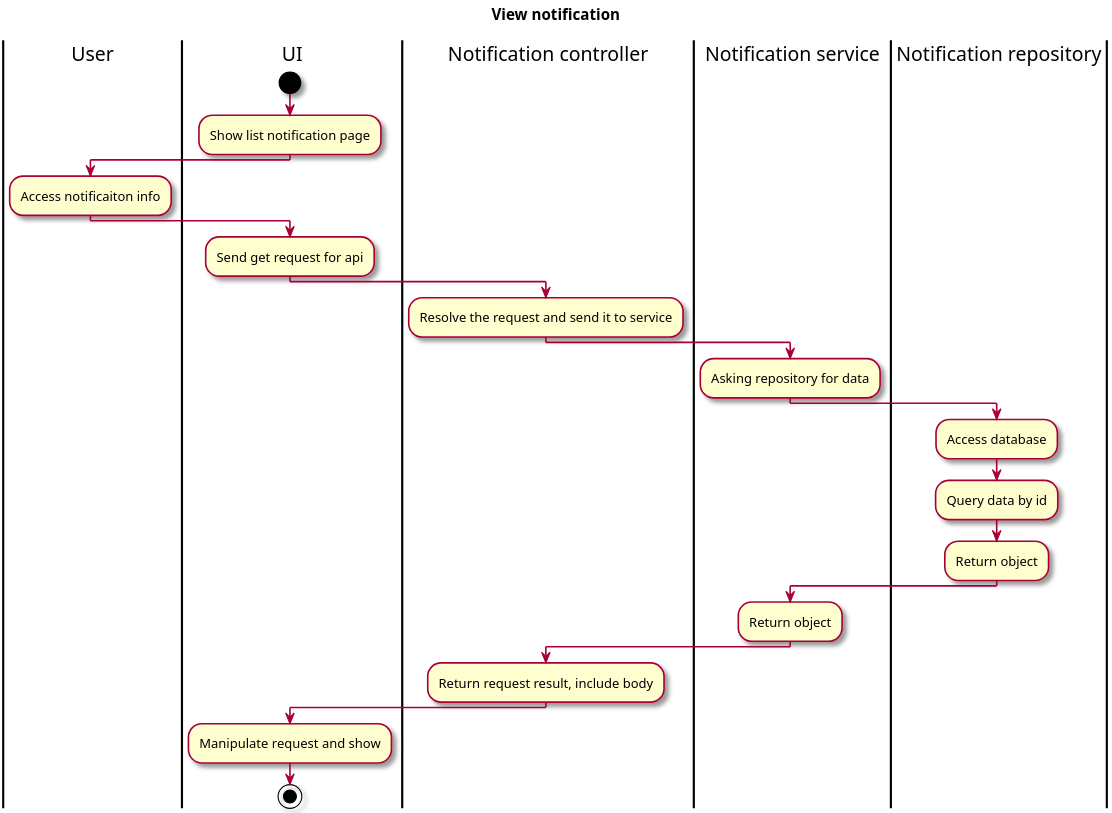
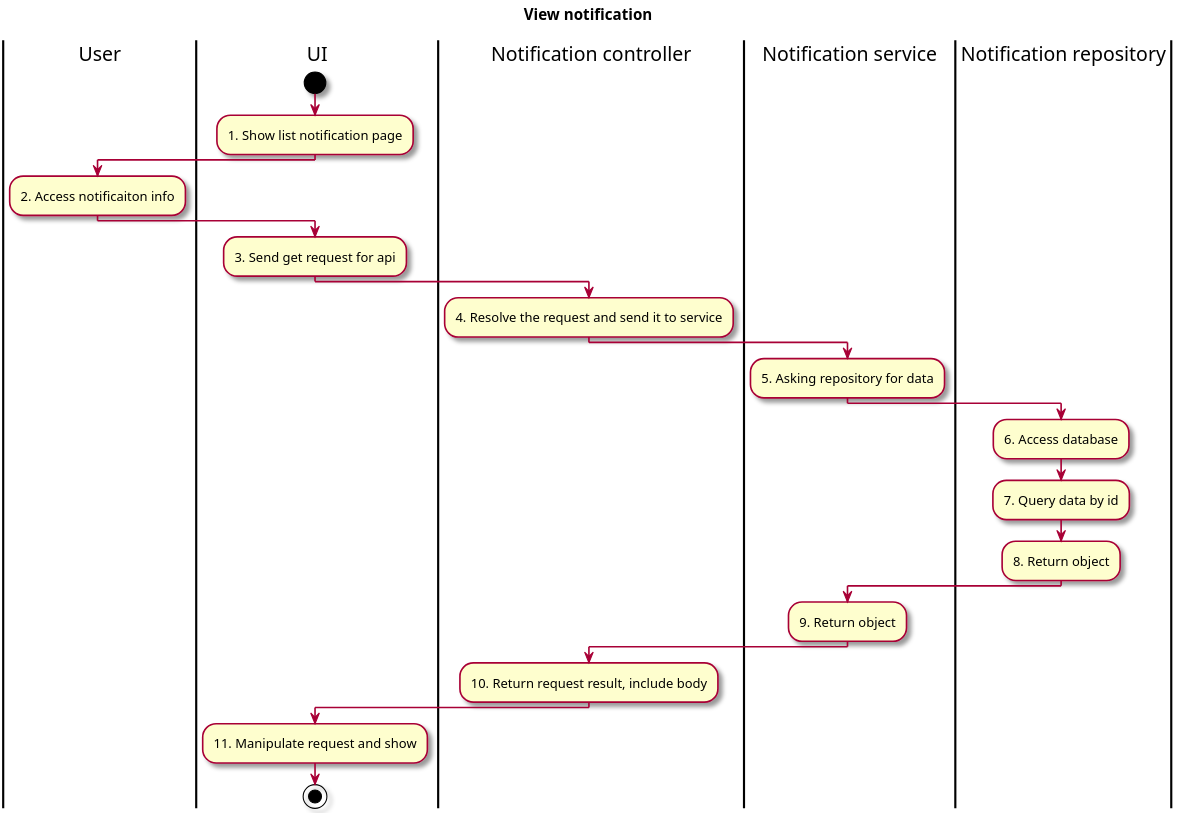
The diagram in Activity/7.3 View notification.puml (Marowota/ecommerce-plantuml), drawn with PlantUML before and after one commit. The commit also changed 4 other files, not shown here.

```diff
--- a/Activity/7.3 View notification.puml
+++ b/Activity/7.3 View notification.puml
@@ -1,35 +1,35 @@
 @startuml 7. View notification
 skin rose
 !pragma useVerticalIf on
 scale 3
 
 title "View notification"
 
 |User|
 |UI|
 start
-    :Show list notification page;
+    :1. Show list notification page;
     |User|
-    :Access notificaiton info;
+    :2. Access notificaiton info;
     |UI|
-    :Send get request for api;
+    :3. Send get request for api;
     |Notification controller|
-    :Resolve the request and send it to service;
+    :4. Resolve the request and send it to service;
     |Notification service|
-    :Asking repository for data;
+    :5. Asking repository for data;
     |Notification repository|
-    :Access database;
-    :Query data by id;
-    :Return object;
+    :6. Access database;
+    :7. Query data by id;
+    :8. Return object;
     |Notification service|
-    :Return object;
+    :9. Return object;
     |Notification controller|
-    :Return request result, include body;
+    :10. Return request result, include body;
     |UI|
-    :Manipulate request and show;
+    :11. Manipulate request and show;
 stop
 
 
 
 
 @enduml
```
